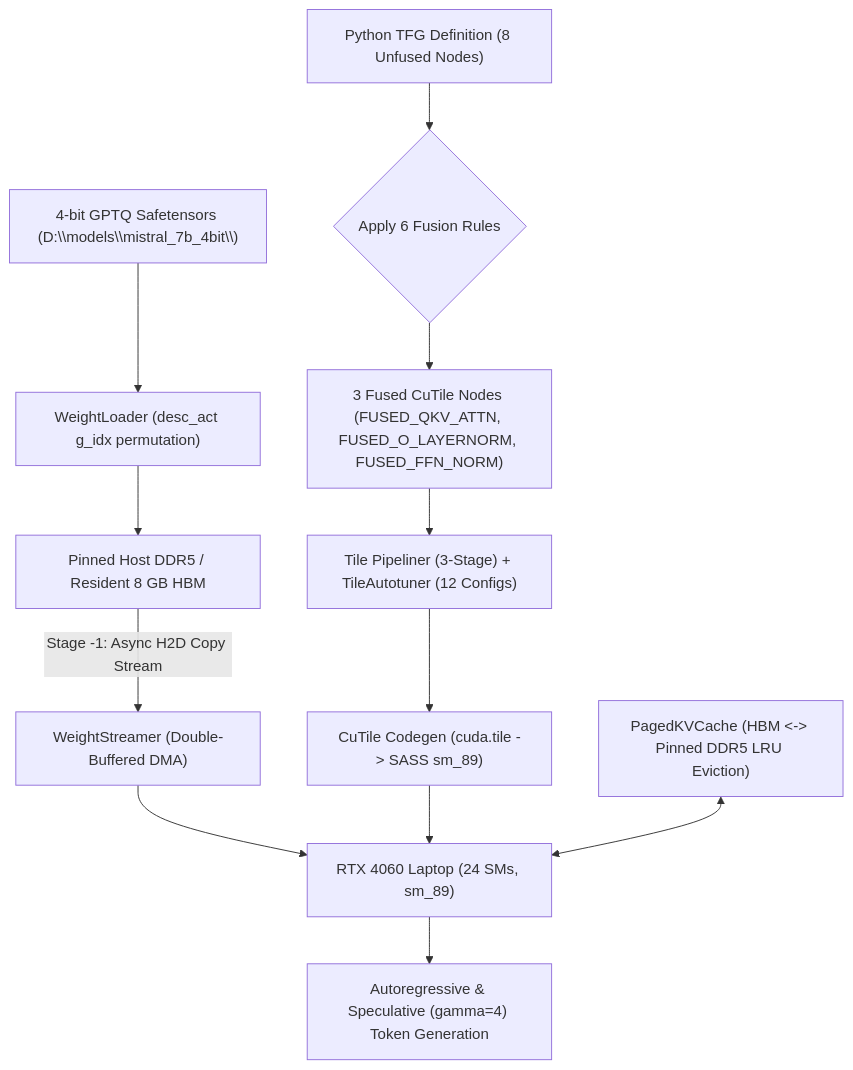
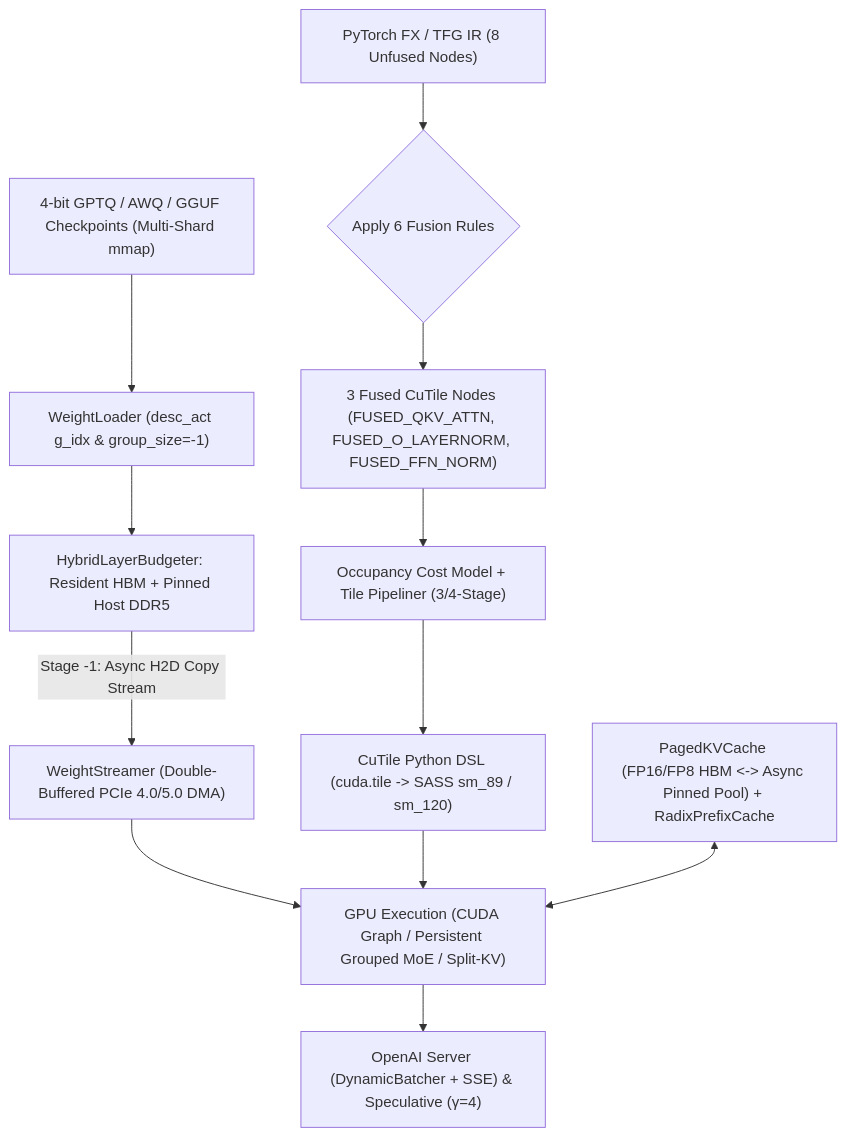
The first of 3 diagrams in README.md (samudragupto/cutile-forge), drawn with Mermaid before and after one commit. The commit also changed other lines of this file and 6 other files, not shown here.

Commit message:
docs: publication-grade 300-DPI figures, MLSys-style README, formal cost models, v1.0.0 sync

````diff
--- a/README.md
+++ b/README.md
@@ -28,16 +49,16 @@
 ```mermaid
 flowchart TD
-    W["4-bit GPTQ Safetensors (D:\\models\\mistral_7b_4bit\\)"] --> L["WeightLoader (desc_act g_idx permutation)"]
-    L --> DDR5["Pinned Host DDR5 / Resident 8 GB HBM"]
-    DDR5 -->|"Stage -1: Async H2D Copy Stream"| WS["WeightStreamer (Double-Buffered DMA)"]
+    W["4-bit GPTQ / AWQ / GGUF Checkpoints (Multi-Shard mmap)"] --> L["WeightLoader (desc_act g_idx & group_size=-1)"]
+    L --> DDR5["HybridLayerBudgeter: Resident HBM + Pinned Host DDR5"]
+    DDR5 -->|"Stage -1: Async H2D Copy Stream"| WS["WeightStreamer (Double-Buffered PCIe 4.0/5.0 DMA)"]
 
-    G["Python TFG Definition (8 Unfused Nodes)"] --> R{"Apply 6 Fusion Rules"}
+    G["PyTorch FX / TFG IR (8 Unfused Nodes)"] --> R{"Apply 6 Fusion Rules"}
     R --> F["3 Fused CuTile Nodes (FUSED_QKV_ATTN, FUSED_O_LAYERNORM, FUSED_FFN_NORM)"]
-    F --> P["Tile Pipeliner (3-Stage) + TileAutotuner (12 Configs)"]
-    P --> C["CuTile Codegen (cuda.tile -> SASS sm_89)"]
+    F --> P["Occupancy Cost Model + Tile Pipeliner (3/4-Stage)"]
+    P --> C["CuTile Python DSL (cuda.tile -> SASS sm_89 / sm_120)"]
 
-    WS --> EXEC["RTX 4060 Laptop (24 SMs, sm_89)"]
+    WS --> EXEC["GPU Execution (CUDA Graph / Persistent Grouped MoE / Split-KV)"]
     C --> EXEC
-    KV["PagedKVCache (HBM <-> Pinned DDR5 LRU Eviction)"] <--> EXEC
-    EXEC --> OUT["Autoregressive & Speculative (gamma=4) Token Generation"]
+    KV["PagedKVCache (FP16/FP8 HBM <-> Async Pinned Pool) + RadixPrefixCache"] <--> EXEC
+    EXEC --> OUT["OpenAI Server (DynamicBatcher + SSE) & Speculative (γ=4)"]
 ```
````
